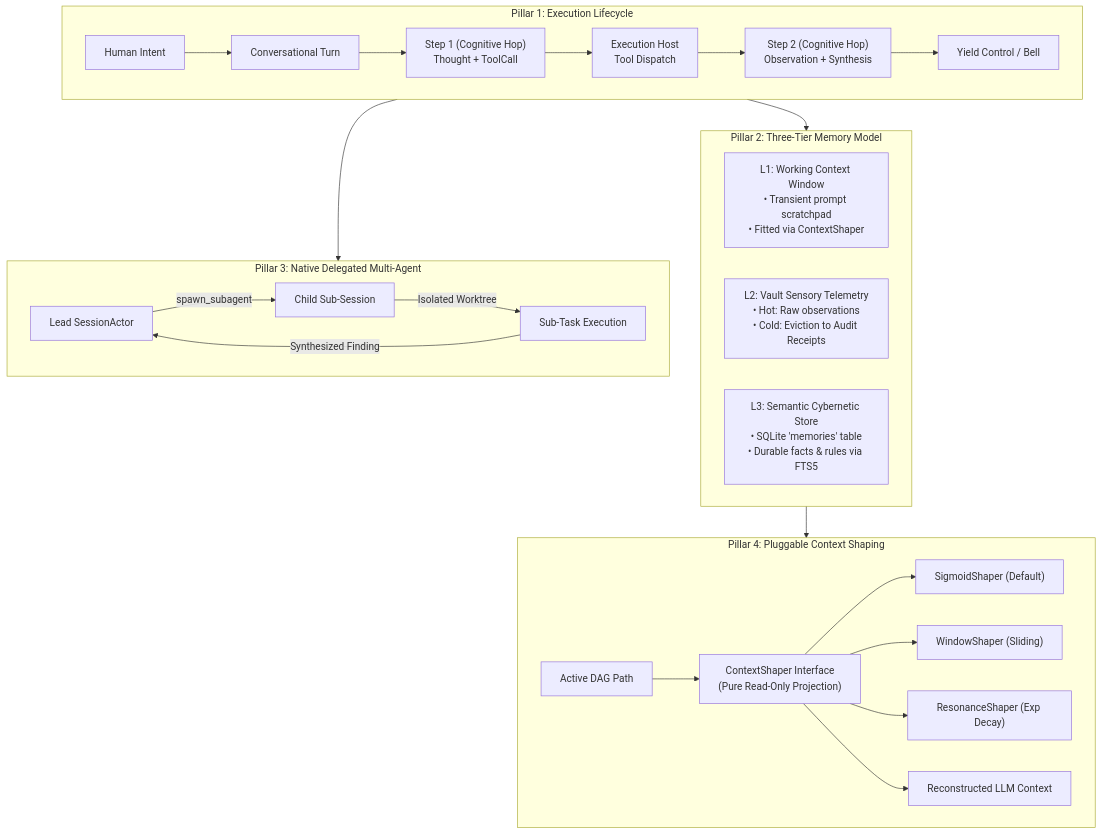
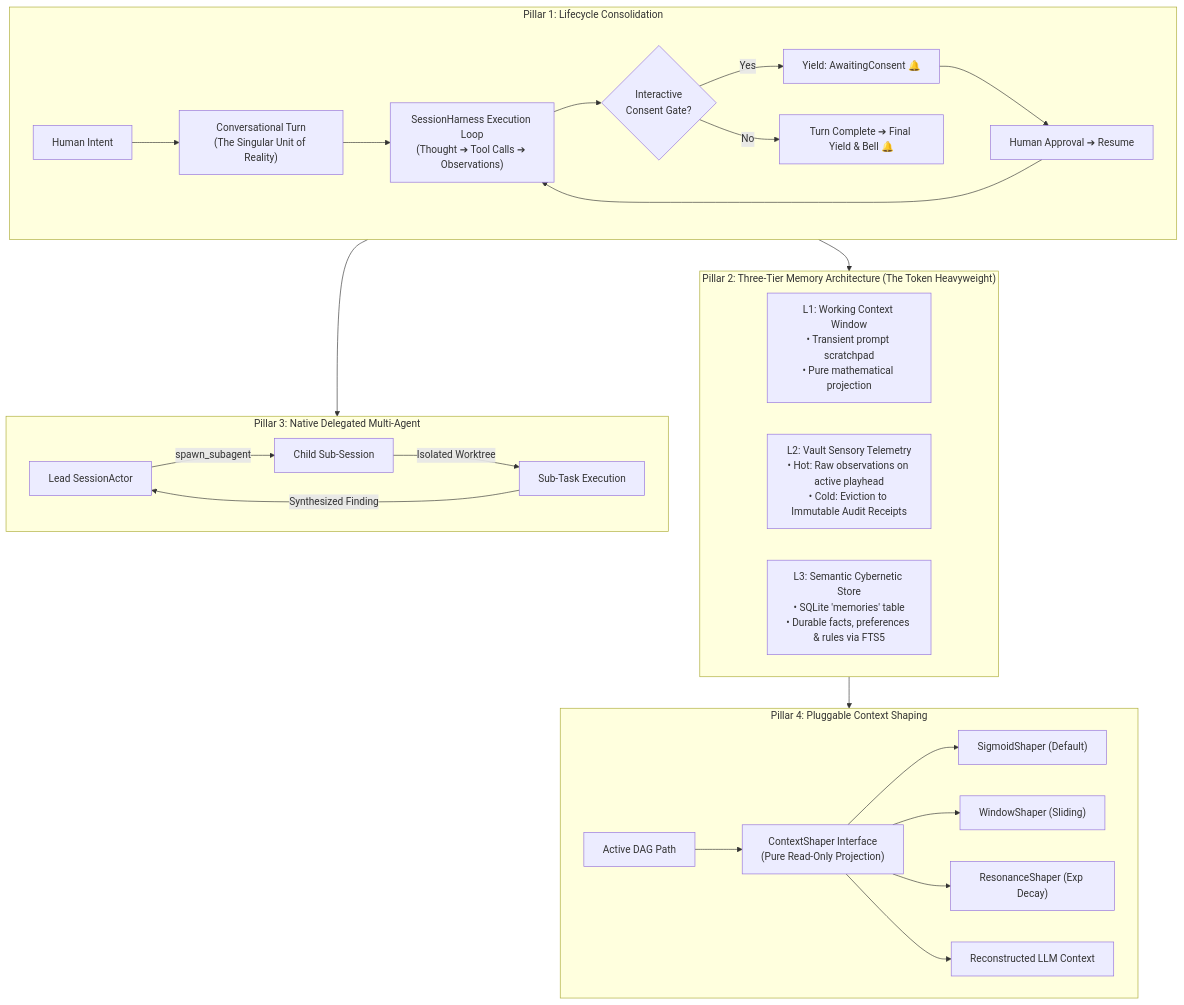
The diagram in docs/roadmap_v0.3.0.md (bartkleypas/please), drawn with Mermaid before and after one commit. The commit also changed other lines of this file, not shown here.

Commit message:
docs(roadmap): anchor roadmap on self-hosting bootstrapping north star, consolidate Pillar 1, and emphasize Pillar 2

````diff
--- a/docs/roadmap_v0.3.0.md
+++ b/docs/roadmap_v0.3.0.md
@@ -42,34 +45,36 @@
 ```mermaid
 flowchart TD
-    subgraph Execution["Pillar 1: Execution Lifecycle"]
-        Human[Human Intent] --> Turn[Conversational Turn]
-        Turn --> Step1["Step 1 (Cognitive Hop)<br/>Thought + ToolCall"]
-        Step1 --> Exec1["Execution Host<br/>Tool Dispatch"]
-        Exec1 --> Step2["Step 2 (Cognitive Hop)<br/>Observation + Synthesis"]
-        Step2 --> Yield["Yield Control / Bell"]
+    subgraph Execution["Pillar 1: Lifecycle Consolidation"]
+        Human[Human Intent] --> Turn["Conversational Turn<br/>(The Singular Unit of Reality)"]
+        Turn --> Harness["SessionHarness Execution Loop<br/>(Thought ➔ Tool Calls ➔ Observations)"]
+        Harness --> Consent{"Interactive<br/>Consent Gate?"}
+        Consent -- Yes --> YieldConsent["Yield: AwaitingConsent 🔔"]
+        YieldConsent --> Resume["Human Approval ➔ Resume"]
+        Resume --> Harness
+        Consent -- No --> Completed["Turn Complete ➔ Final Yield & Bell 🔔"]
     end
 
-    subgraph Memory["Pillar 2: Three-Tier Memory Model"]
-        L1["L1: Working Context Window<br/>• Transient prompt scratchpad<br/>• Fitted via ContextShaper"]
-        L2["L2: Vault Sensory Telemetry<br/>• Hot: Raw observations<br/>• Cold: Eviction to Audit Receipts"]
-        L3["L3: Semantic Cybernetic Store<br/>• SQLite 'memories' table<br/>• Durable facts & rules via FTS5"]
+    subgraph Memory["Pillar 2: Three-Tier Memory Architecture (The Token Heavyweight)"]
+        L1["L1: Working Context Window<br/>• Transient prompt scratchpad<br/>• Pure mathematical projection"]
+        L2["L2: Vault Sensory Telemetry<br/>• Hot: Raw observations on active playhead<br/>• Cold: Eviction to Immutable Audit Receipts"]
+        L3["L3: Semantic Cybernetic Store<br/>• SQLite 'memories' table<br/>• Durable facts, preferences & rules via FTS5"]
     end
 
     subgraph Orchestration["Pillar 3: Native Delegated Multi-Agent"]
         ParentAgent["Lead SessionActor"] -->|spawn_subagent| ChildAgent["Child Sub-Session"]
         ChildAgent -->|Isolated Worktree| TaskExec["Sub-Task Execution"]
         TaskExec -->|Synthesized Finding| ParentAgent
     end
 
     subgraph Shaping["Pillar 4: Pluggable Context Shaping"]
         History[Active DAG Path] --> Shaper["ContextShaper Interface<br/>(Pure Read-Only Projection)"]
         Shaper --> SigShaper["SigmoidShaper (Default)"]
         Shaper --> WinShaper["WindowShaper (Sliding)"]
         Shaper --> ResShaper["ResonanceShaper (Exp Decay)"]
         Shaper --> PromptOut["Reconstructed LLM Context"]
     end
 
     Execution --> Memory
     Execution --> Orchestration
     Memory --> Shaping
 ```
````
